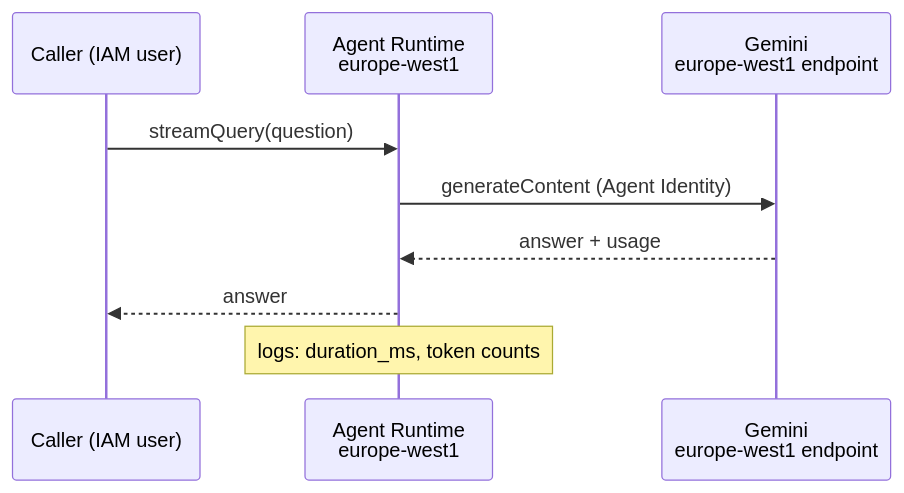
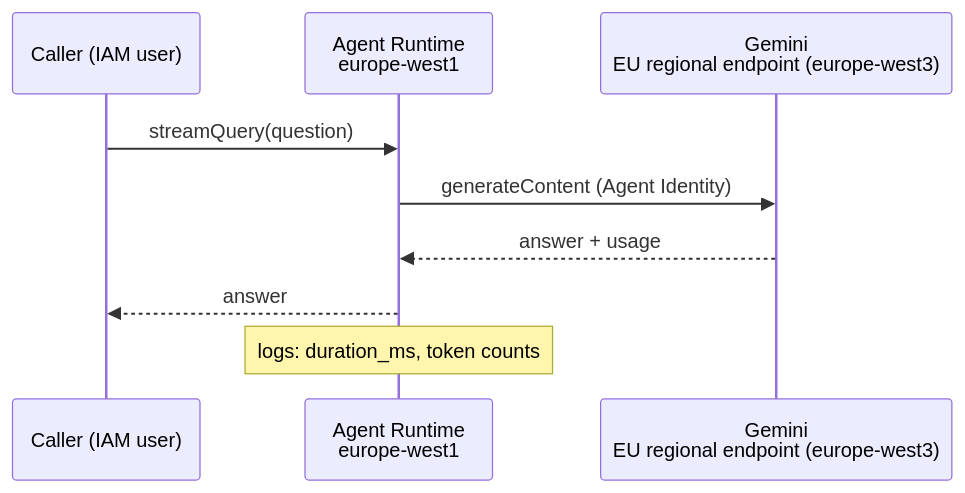
One commit to a-besson/gcp-ai-samples changed the diagram in samples/geap-agent-simple/README.md. Above: the diagram before and after it, drawn with Mermaid. The commit also changed other lines of this file and 7 other files, not shown here.

````diff
--- a/samples/geap-agent-simple/README.md
+++ b/samples/geap-agent-simple/README.md
@@ -17,11 +17,11 @@
 ```mermaid
 sequenceDiagram
     participant U as Caller (IAM user)
     participant RT as Agent Runtime<br/>europe-west1
-    participant M as Gemini<br/>europe-west1 endpoint
+    participant M as Gemini<br/>EU regional endpoint (europe-west3)
     U->>RT: streamQuery(question)
     RT->>M: generateContent (Agent Identity)
     M-->>RT: answer + usage
     RT-->>U: answer
     Note over RT: logs: duration_ms, token counts
 ```
````
